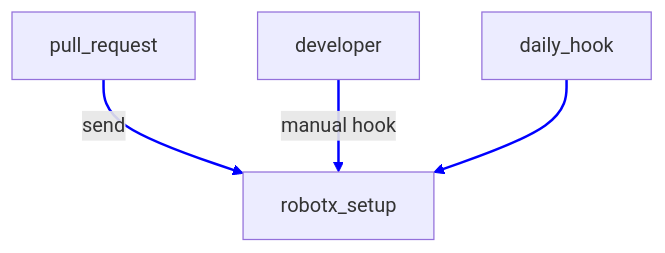
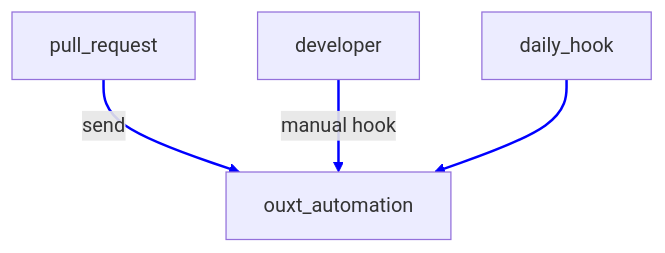
Before and after one commit to OUXT-Polaris/ouxt_automation: the second of 5 diagrams in docs/docs/automation_pipeline.md, drawn with Mermaid. The commit also changed other lines of this file and 5 other files, not shown here.

````diff
--- a/docs/docs/automation_pipeline.md
+++ b/docs/docs/automation_pipeline.md
@@ -33,12 +33,12 @@
 ```mermaid
 graph TB
-    pull_request --send -->robotx_setup
-    developer --manual hook-->robotx_setup
-    daily_hook --> robotx_setup
+    pull_request --send --> ouxt_automation
+    developer --manual hook--> ouxt_automation
+    daily_hook --> ouxt_automation
 
     linkStyle 0 stroke-width:2px,stroke:blue;
     linkStyle 1 stroke-width:2px,stroke:blue;
     linkStyle 2 stroke-width:2px,stroke:blue;
 
-    click robotx_setup "https://github.com/OUXT-Polaris/robotx_setup" "robotx_setup repository"
+    click ouxt_automation "https://github.com/OUXT-Polaris/ouxt_automation" "ouxt_automation repository"
 ```
````
